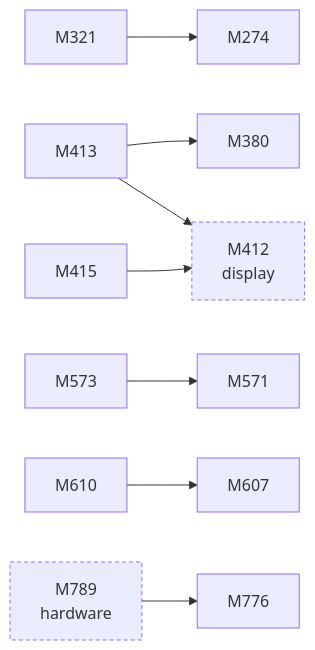
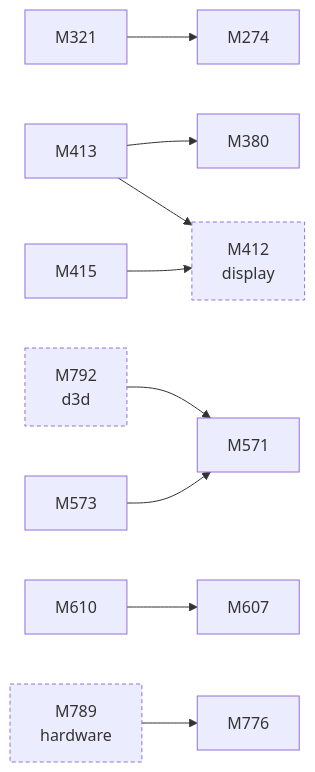
One commit to D-Ogi/amdgpu-wddm changed the diagram in docs/facts/graphs/games.md. Above: the diagram before and after it, drawn with Mermaid. The commit also changed 26 other files, not shown here.

````diff
--- a/docs/facts/graphs/games.md
+++ b/docs/facts/graphs/games.md
@@ -13,24 +13,26 @@
 ```mermaid
 flowchart LR
   M274["M274"]
   M321["M321"]
   M380["M380"]
   M412["M412<br/>display"]
   M413["M413"]
   M415["M415"]
   M571["M571"]
   M573["M573"]
   M607["M607"]
   M610["M610"]
   M776["M776"]
   M789["M789<br/>hardware"]
+  M792["M792<br/>d3d"]
   M789 --> M776
+  M792 --> M571
   M321 --> M274
   M413 --> M380
   M413 --> M412
   M415 --> M412
   M573 --> M571
   M610 --> M607
   classDef other stroke-dasharray:4 3
-  class M412,M789 other
+  class M412,M789,M792 other
 ```
````
